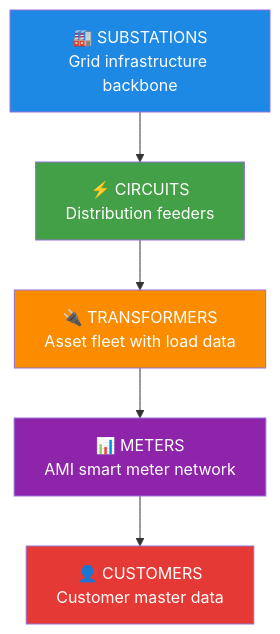
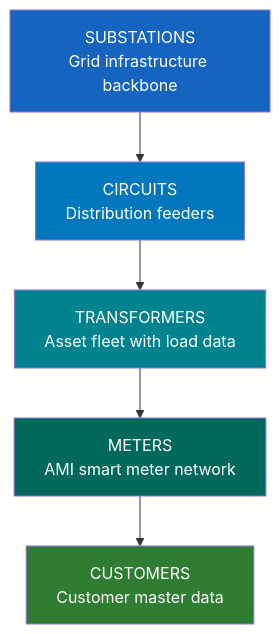
One commit to sfc-gh-abannerjee/flux-utility-solutions changed the second of 7 diagrams in docs/ARCHITECTURE.md. Above: the diagram before and after it, drawn with Mermaid. The commit also changed other lines of this file and 1 other file, not shown here.

First line of the commit message:
Replace emojis with professional text labels in diagrams

````diff
--- a/docs/ARCHITECTURE.md
+++ b/docs/ARCHITECTURE.md
@@ -60,16 +60,16 @@
 ```mermaid
 flowchart TD
-    SUB[🏭 SUBSTATIONS<br/>Grid infrastructure backbone]
-    CIR[⚡ CIRCUITS<br/>Distribution feeders]
-    TRF[🔌 TRANSFORMERS<br/>Asset fleet with load data]
-    MTR[📊 METERS<br/>AMI smart meter network]
-    CUS[👤 CUSTOMERS<br/>Customer master data]
+    SUB["SUBSTATIONS<br/>Grid infrastructure backbone"]
+    CIR["CIRCUITS<br/>Distribution feeders"]
+    TRF["TRANSFORMERS<br/>Asset fleet with load data"]
+    MTR["METERS<br/>AMI smart meter network"]
+    CUS["CUSTOMERS<br/>Customer master data"]
     
     SUB --> CIR --> TRF --> MTR --> CUS
     
-    style SUB fill:#1e88e5,color:#fff
-    style CIR fill:#43a047,color:#fff
-    style TRF fill:#fb8c00,color:#fff
-    style MTR fill:#8e24aa,color:#fff
-    style CUS fill:#e53935,color:#fff
+    style SUB fill:#1565c0,color:#fff
+    style CIR fill:#0277bd,color:#fff
+    style TRF fill:#00838f,color:#fff
+    style MTR fill:#00695c,color:#fff
+    style CUS fill:#2e7d32,color:#fff
 ```
````
